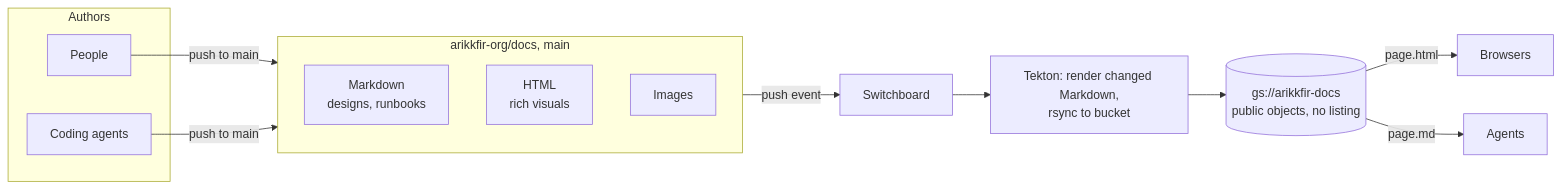
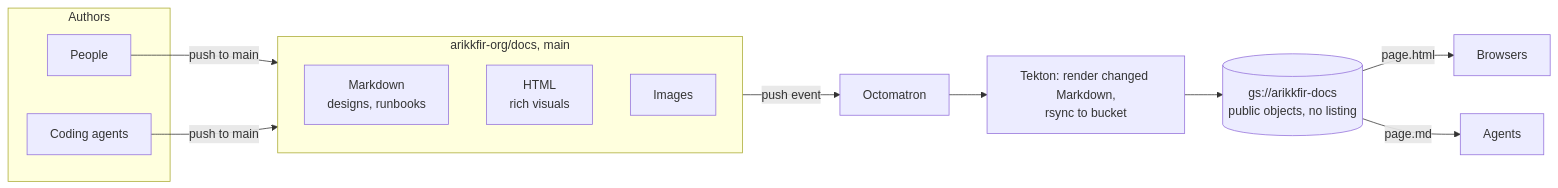
One commit to arikkfir-org/docs changed the diagram in hub/designs/phase-0-documentation.md. Above: the diagram before and after it, drawn with Mermaid. The commit also changed 13 other files, not shown here.

First line of the commit message:
docs(hub): rename Switchboard to Octomatron

````diff
--- a/hub/designs/phase-0-documentation.md
+++ b/hub/designs/phase-0-documentation.md
@@ -8,19 +8,19 @@
 ```mermaid
 flowchart LR
   subgraph Authors
     H[People]
     A[Coding agents]
   end
   subgraph repo[arikkfir-org/docs, main]
     MD[Markdown<br/>designs, runbooks]
     HTML[HTML<br/>rich visuals]
     IMG[Images]
   end
   H -- push to main --> repo
   A -- push to main --> repo
-  repo -- push event --> SB[Switchboard]
+  repo -- push event --> SB[Octomatron]
   SB --> TK[Tekton: render changed Markdown,<br/>rsync to bucket]
   TK --> GCS[(gs://arikkfir-docs<br/>public objects, no listing)]
   GCS -- page.html --> B[Browsers]
   GCS -- page.md --> AG[Agents]
 ```
````
